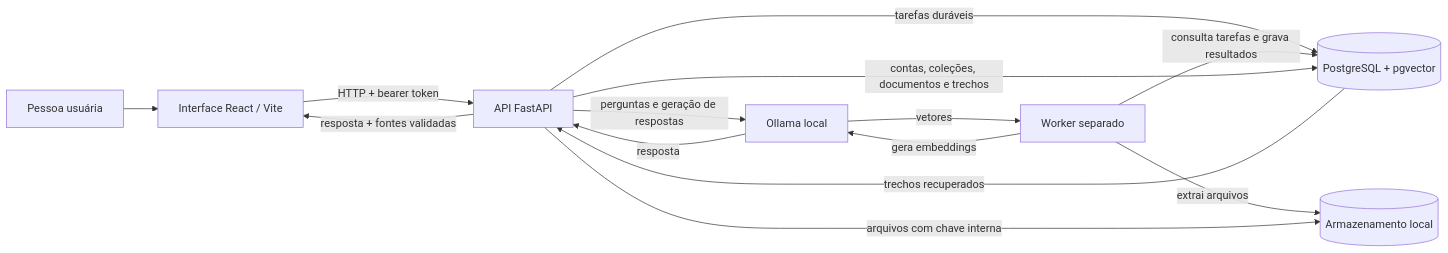
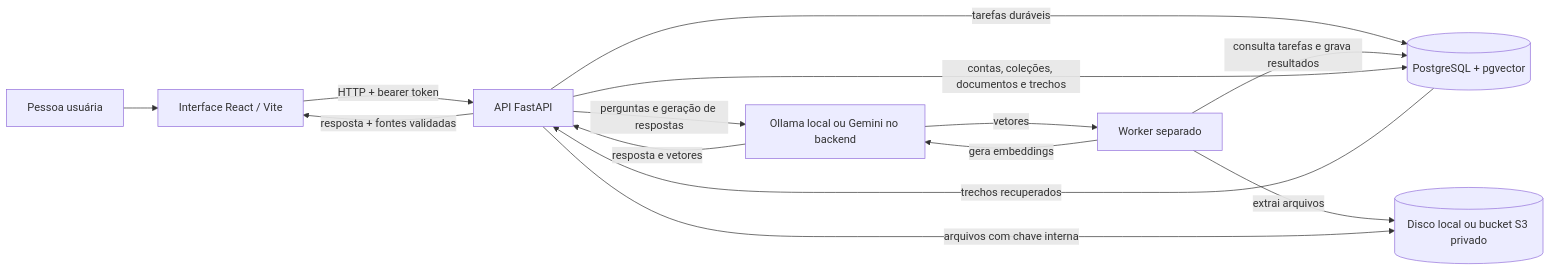
The diagram in README.md (mateuscardososs/AcervoIA), drawn with Mermaid before and after one commit. The commit also changed other lines of this file and 50 other files, not shown here.

````diff
--- a/README.md
+++ b/README.md
@@ -19,16 +19,16 @@
 ```mermaid
 flowchart LR
     U[Pessoa usuária] --> W[Interface React / Vite]
     W -->|HTTP + bearer token| A[API FastAPI]
     A -->|tarefas duráveis| DB[(PostgreSQL + pgvector)]
     WK[Worker separado] -->|consulta tarefas e grava resultados| DB
-    WK -->|extrai arquivos| FS[(Armazenamento local)]
-    WK -->|gera embeddings| O[Ollama local]
+    WK -->|extrai arquivos| FS[(Disco local ou bucket S3 privado)]
+    WK -->|gera embeddings| P[Provedor de IA]
     A -->|contas, coleções, documentos e trechos| DB
-    A -->|arquivos com chave interna| FS[(Armazenamento local)]
-    A -->|perguntas e geração de respostas| O
-    O -->|resposta| A
-    O -->|vetores| WK
+    A -->|arquivos com chave interna| FS
+    A -->|perguntas e geração de respostas| P[Ollama local ou Gemini no backend]
+    P -->|resposta e vetores| A
+    P -->|vetores| WK
     DB -->|trechos recuperados| A
     A -->|resposta + fontes validadas| W
 ```
````
